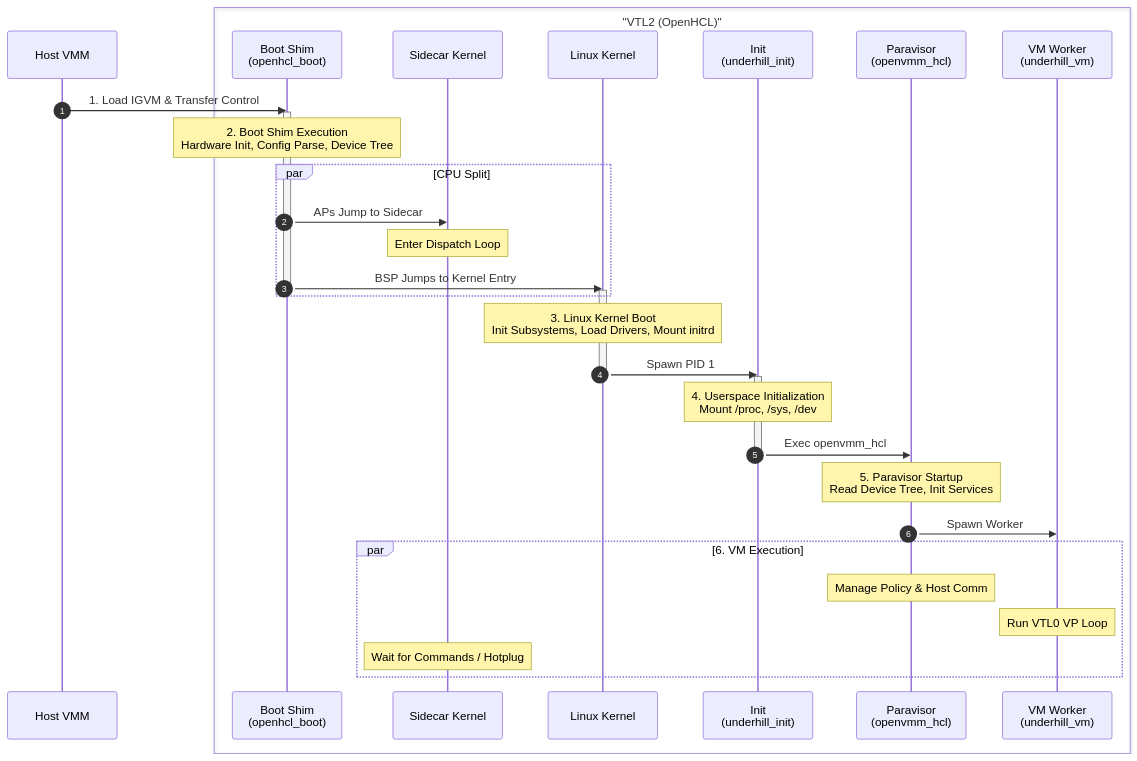
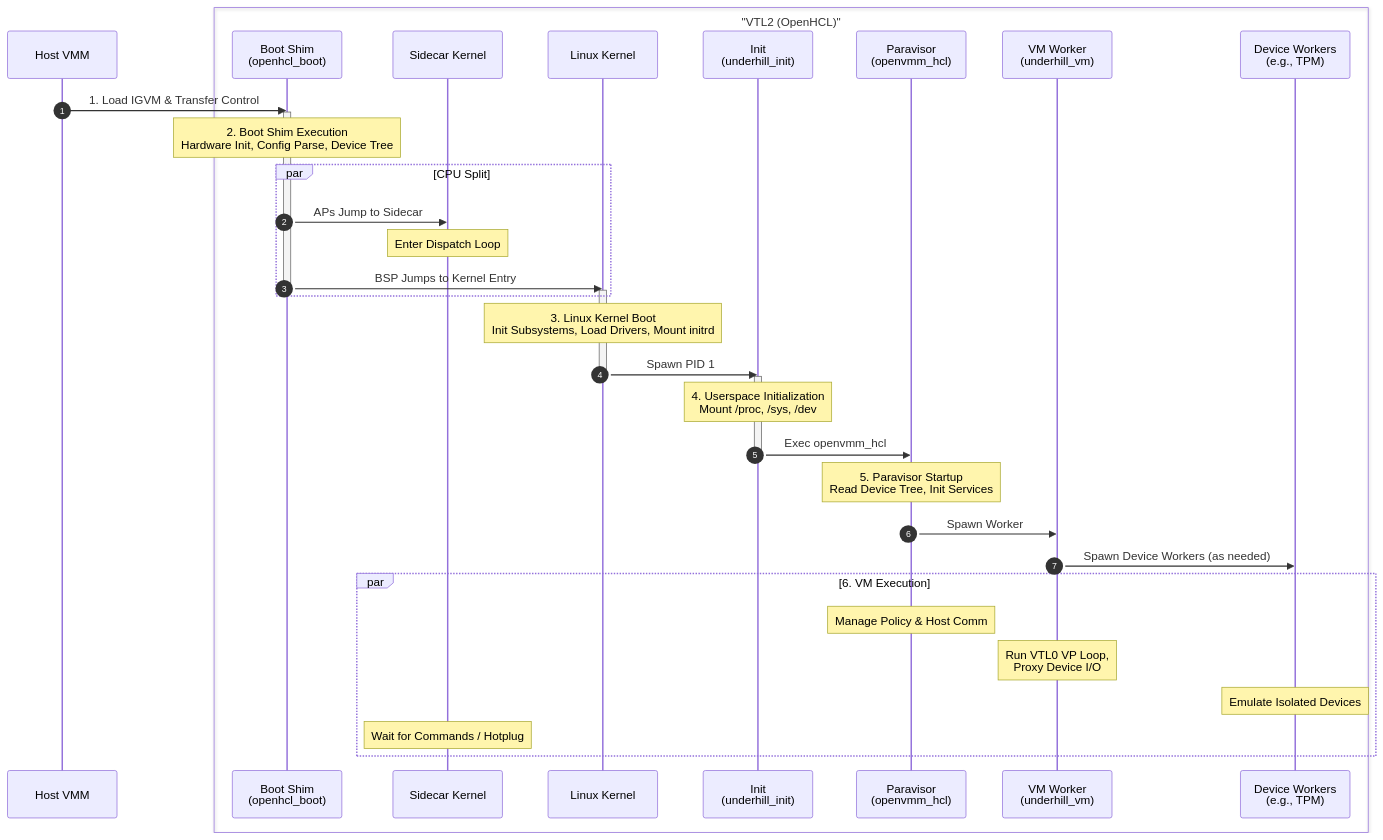
Before and after one commit to microsoft/openvmm: the diagram in Guide/src/reference/architecture/openhcl/boot.md, drawn with Mermaid. The commit also changed other lines of this file and 2 other files, not shown here.

Commit message:
incorporate out of proc emulators

````diff
--- a/Guide/src/reference/architecture/openhcl/boot.md
+++ b/Guide/src/reference/architecture/openhcl/boot.md
@@ -5,51 +5,56 @@
 ```mermaid
 sequenceDiagram
     autonumber
     participant Host as Host VMM
     box "VTL2 (OpenHCL)" #f9f9f9
         participant Shim as Boot Shim<br/>(openhcl_boot)
         participant Sidecar as Sidecar Kernel
         participant Kernel as Linux Kernel
         participant Init as Init<br/>(underhill_init)
         participant HCL as Paravisor<br/>(openvmm_hcl)
         participant Worker as VM Worker<br/>(underhill_vm)
+        participant DeviceWorker as Device Workers<br/>(e.g., TPM)
     end
     
     Host->>Shim: 1. Load IGVM & Transfer Control
     activate Shim
     
     note over Shim: 2. Boot Shim Execution<br/>Hardware Init, Config Parse, Device Tree
     
     par CPU Split
         Shim->>Sidecar: APs Jump to Sidecar
         activate Sidecar
         note over Sidecar: Enter Dispatch Loop
         
         Shim->>Kernel: BSP Jumps to Kernel Entry
         deactivate Shim
         activate Kernel
     end
     
     note over Kernel: 3. Linux Kernel Boot<br/>Init Subsystems, Load Drivers, Mount initrd
     
     Kernel->>Init: Spawn PID 1
     deactivate Kernel
     activate Init
     
     note over Init: 4. Userspace Initialization<br/>Mount /proc, /sys, /dev
     
     Init->>HCL: Exec openvmm_hcl
     deactivate Init
     activate HCL
     
     note over HCL: 5. Paravisor Startup<br/>Read Device Tree, Init Services
     
     HCL->>Worker: Spawn Worker
     activate Worker
     
+    Worker->>DeviceWorker: Spawn Device Workers (as needed)
+    activate DeviceWorker
+    
     par 6. VM Execution
         note over HCL: Manage Policy & Host Comm
-        note over Worker: Run VTL0 VP Loop
+        note over Worker: Run VTL0 VP Loop,<br/>Proxy Device I/O
+        note over DeviceWorker: Emulate Isolated Devices
         note over Sidecar: Wait for Commands / Hotplug
     end
 ```
````
